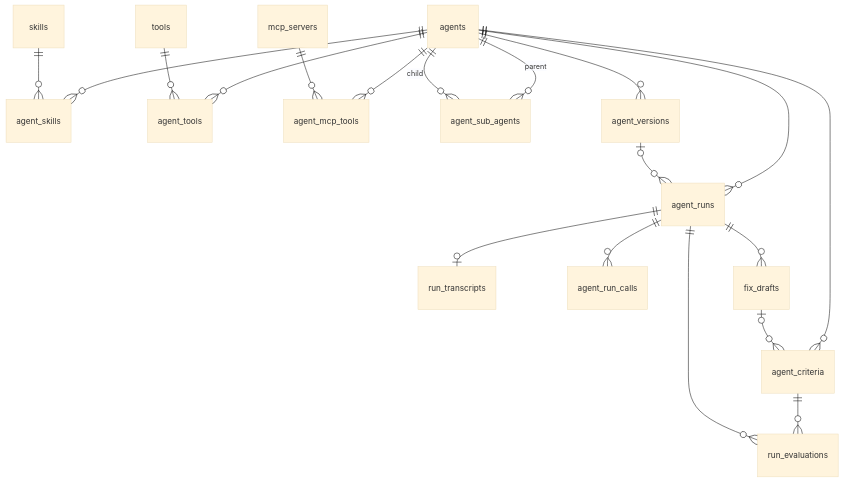
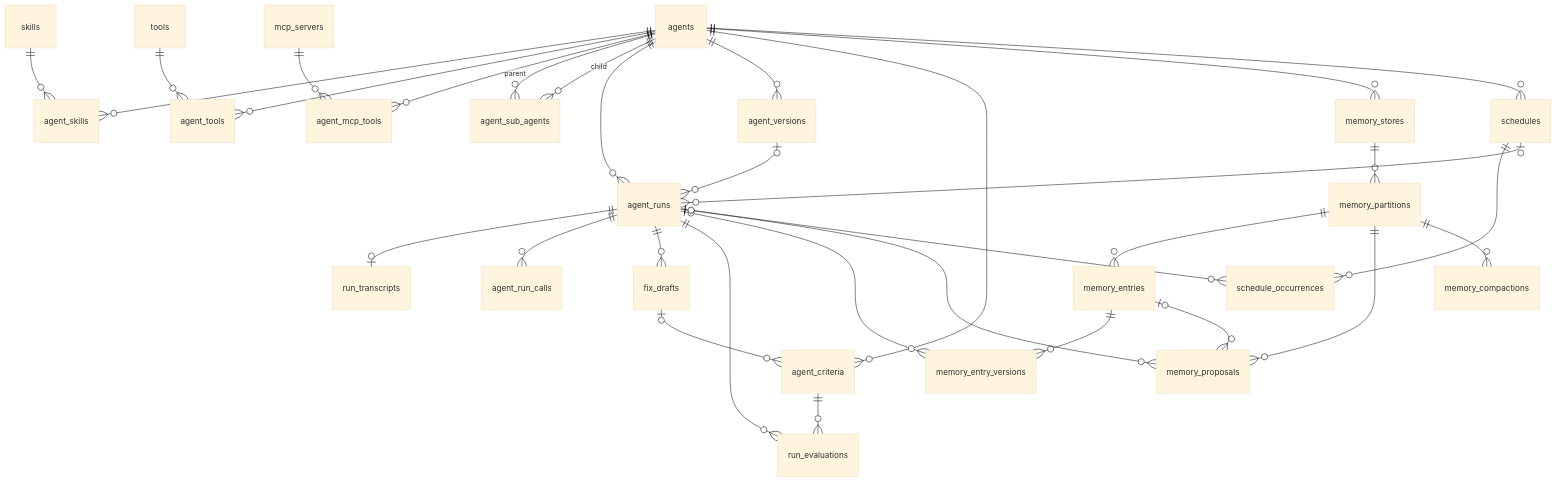
Before and after one commit to contedenis/agentlathe: the diagram in docs/ARCHITECTURE.md, drawn with Mermaid (base theme). The commit also changed other lines of this file and 119 other files, not shown here.

First line of the commit message:
Add agent memory: what an agent learns, kept between runs

````diff
--- a/docs/ARCHITECTURE.md
+++ b/docs/ARCHITECTURE.md
@@ -48,21 +57,34 @@
 ```mermaid
 erDiagram
     agents ||--o{ agent_skills : ""
     skills ||--o{ agent_skills : ""
     agents ||--o{ agent_tools : ""
     tools ||--o{ agent_tools : ""
     agents ||--o{ agent_mcp_tools : ""
     mcp_servers ||--o{ agent_mcp_tools : ""
     agents ||--o{ agent_sub_agents : "parent"
     agents ||--o{ agent_sub_agents : "child"
     agents ||--o{ agent_runs : ""
     agents ||--o{ agent_versions : ""
     agent_versions |o--o{ agent_runs : ""
     agent_runs ||--o| run_transcripts : ""
     agent_runs ||--o{ agent_run_calls : ""
     agent_runs ||--o{ fix_drafts : ""
     agents ||--o{ agent_criteria : ""
     fix_drafts |o--o{ agent_criteria : ""
     agent_criteria ||--o{ run_evaluations : ""
     agent_runs ||--o{ run_evaluations : ""
+    agents ||--o{ memory_stores : ""
+    memory_stores ||--o{ memory_partitions : ""
+    memory_partitions ||--o{ memory_entries : ""
+    memory_entries ||--o{ memory_entry_versions : ""
+    memory_partitions ||--o{ memory_proposals : ""
+    memory_partitions ||--o{ memory_compactions : ""
+    memory_entries |o--o{ memory_proposals : ""
+    agent_runs |o--o{ memory_entry_versions : ""
+    agent_runs |o--o{ memory_proposals : ""
+    agents ||--o{ schedules : ""
+    schedules ||--o{ schedule_occurrences : ""
+    schedules |o--o{ agent_runs : ""
+    agent_runs |o--o{ schedule_occurrences : ""
 ```
````
